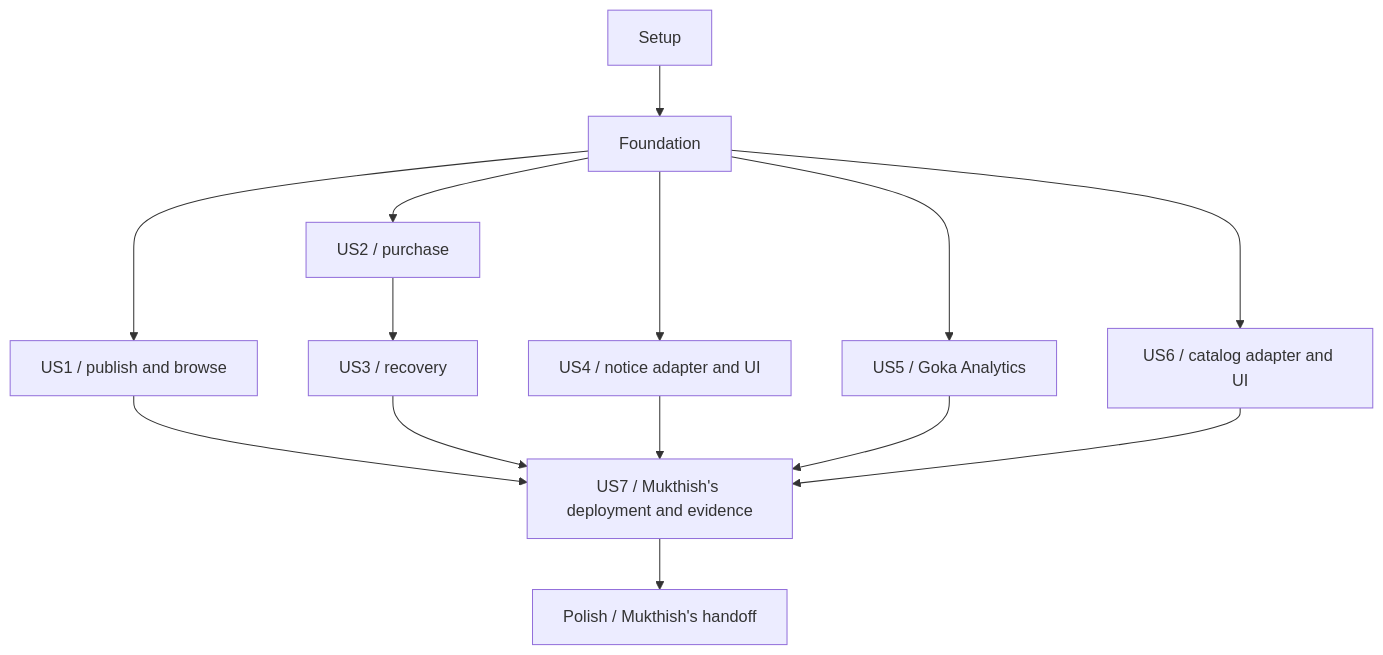
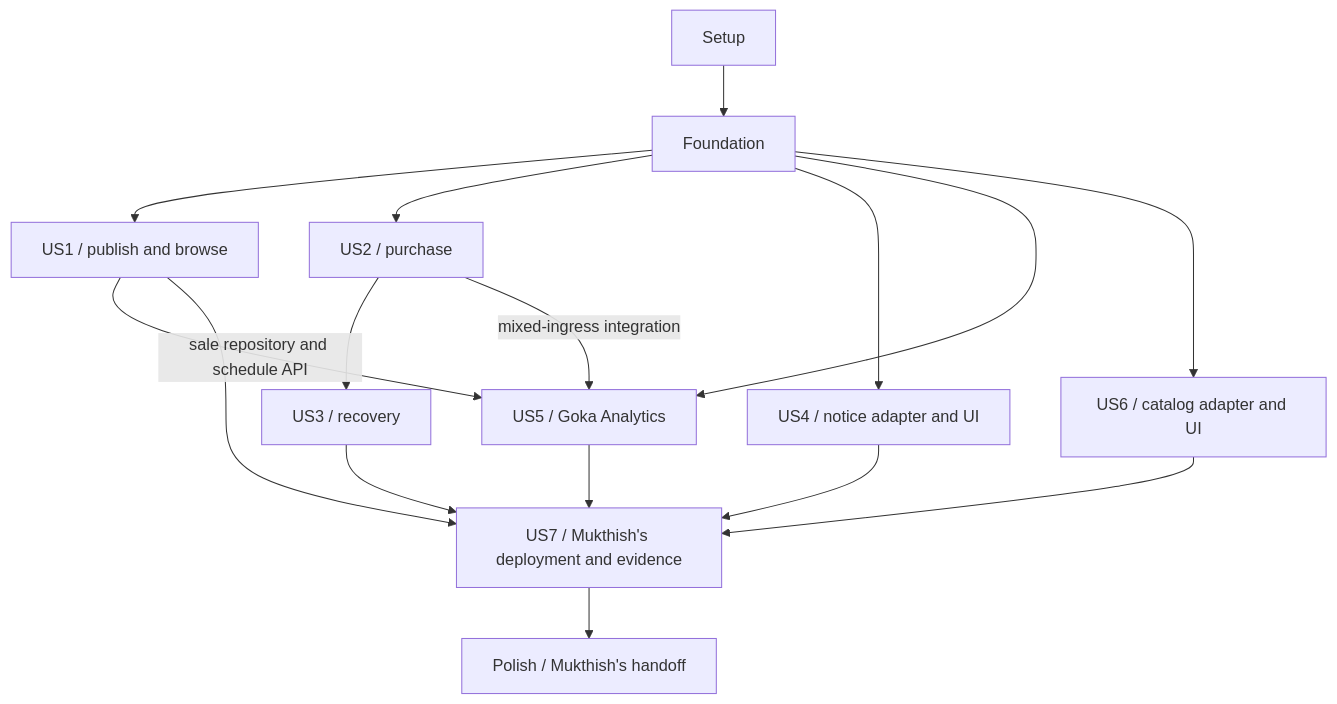
One commit to psentaur/flashkart changed the diagram in specs/001-flash-sale-platform/tasks.md. Above: the diagram before and after it, drawn with Mermaid. The commit also changed other lines of this file and 90 other files, not shown here.

````diff
--- a/specs/001-flash-sale-platform/tasks.md
+++ b/specs/001-flash-sale-platform/tasks.md
@@ -312,16 +322,18 @@
 ```mermaid
 flowchart TD
     S[Setup] --> F[Foundation]
     F --> U1[US1 / publish and browse]
     F --> U2[US2 / purchase]
     U2 --> U3[US3 / recovery]
     F --> U4[US4 / notice adapter and UI]
     F --> U5[US5 / Goka Analytics]
+    U1 -->|sale repository and schedule API| U5
+    U2 -->|mixed-ingress integration| U5
     F --> U6[US6 / catalog adapter and UI]
     U1 --> U7[US7 / Mukthish's deployment and evidence]
     U3 --> U7
     U4 --> U7
     U5 --> U7
     U6 --> U7
     U7 --> P[Polish / Mukthish's handoff]
 ```
````
